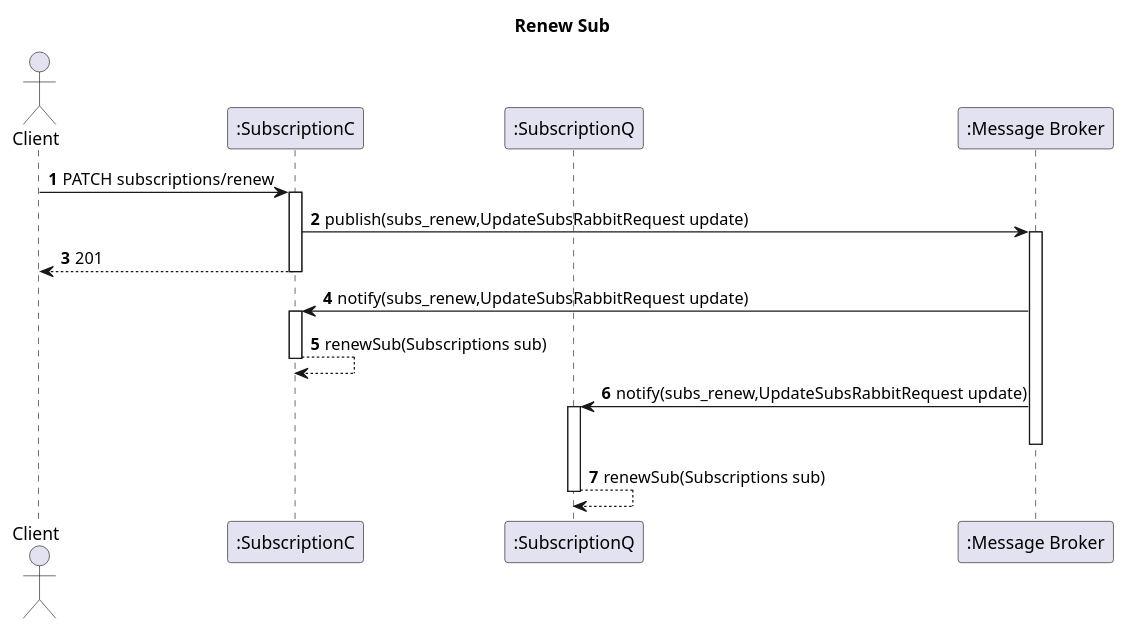
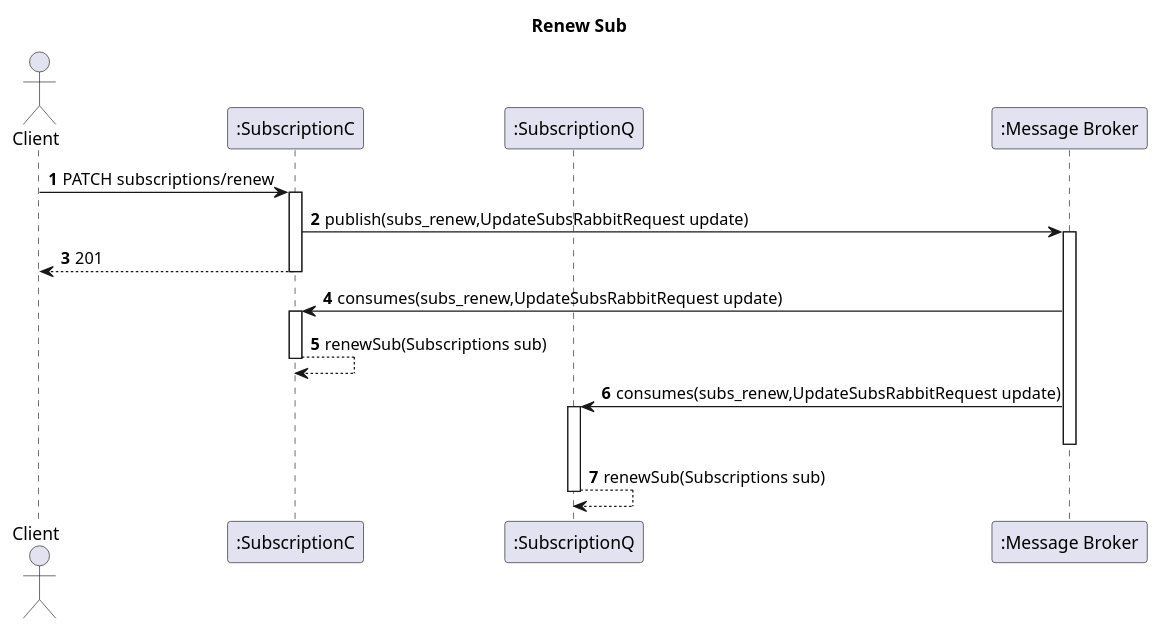
One commit to IsepMartimOliveira/SIDIS changed the diagram in docs_sidis/Segunda_Avalição/Subs/Vista Logica/N2/RenewSubs.puml. Above: the diagram before and after it, drawn with PlantUML. The commit also changed 23 other files, not shown here.

```diff
--- a/docs_sidis/Segunda_Avalição/Subs/Vista Logica/N2/RenewSubs.puml
+++ b/docs_sidis/Segunda_Avalição/Subs/Vista Logica/N2/RenewSubs.puml
@@ -1,27 +1,27 @@
 @startuml
 'https://plantuml.com/sequence-diagram
 autoactivate on
 autonumber
 title  Renew Sub
 
 autonumber
 
 actor "Client" as Ac
 
 participant ":SubscriptionC" as SubC
 participant ":SubscriptionQ" as SubQ
 participant ":Message Broker" as Broker
 
 Ac->SubC:PATCH subscriptions/renew
 
 SubC->Broker: publish(subs_renew,UpdateSubsRabbitRequest update)
 SubC-->Ac:201
 
-Broker->SubC:notify(subs_renew,UpdateSubsRabbitRequest update)
+Broker->SubC:consumes(subs_renew,UpdateSubsRabbitRequest update)
 SubC-->SubC:renewSub(Subscriptions sub)
-Broker->SubQ:notify(subs_renew,UpdateSubsRabbitRequest update)
+Broker->SubQ:consumes(subs_renew,UpdateSubsRabbitRequest update)
 deactivate Broker
 
 SubQ-->SubQ:renewSub(Subscriptions sub)
 
 @enduml
```
